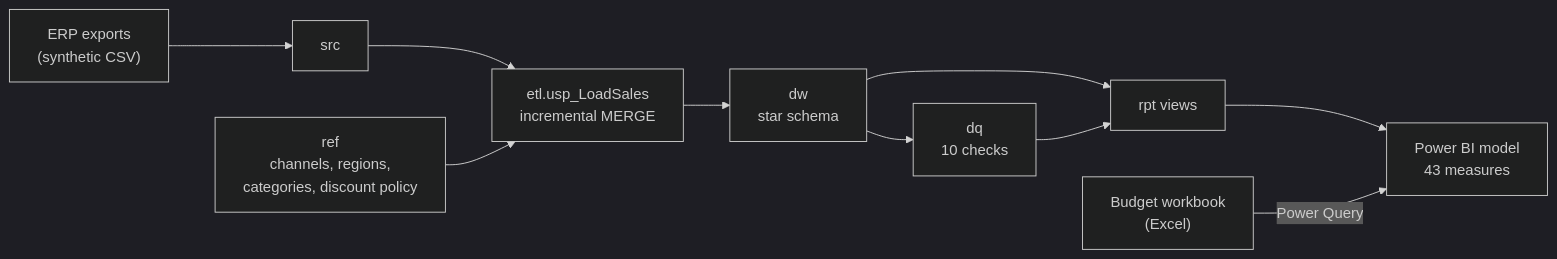
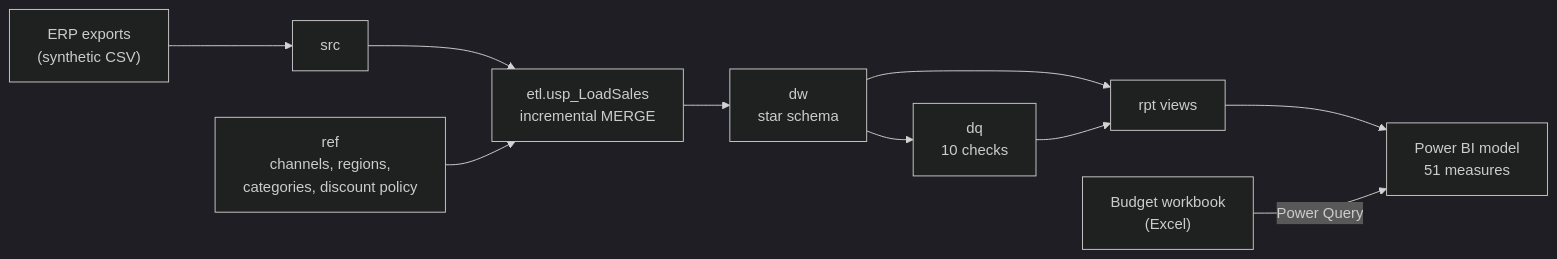
One commit to scylladl/sales-revenue-analytics changed the diagram in README.md. Above: the diagram before and after it, drawn with Mermaid (dark theme). The commit also changed other lines of this file and 206 other files, not shown here.

````diff
--- a/README.md
+++ b/README.md
@@ -34,12 +34,12 @@
 ```mermaid
 flowchart LR
     ERP["ERP exports<br/>(synthetic CSV)"] --> SRC["src"]
     SRC --> LOAD["etl.usp_LoadSales<br/>incremental MERGE"]
     REF["ref<br/>channels, regions,<br/>categories, discount policy"] --> LOAD
     LOAD --> DW["dw<br/>star schema"]
     DW --> DQ["dq<br/>10 checks"]
     DW --> RPT["rpt views"]
     DQ --> RPT
-    RPT --> PBI["Power BI model<br/>43 measures"]
+    RPT --> PBI["Power BI model<br/>51 measures"]
     XLS["Budget workbook<br/>(Excel)"] -- "Power Query" --> PBI
 ```
````
